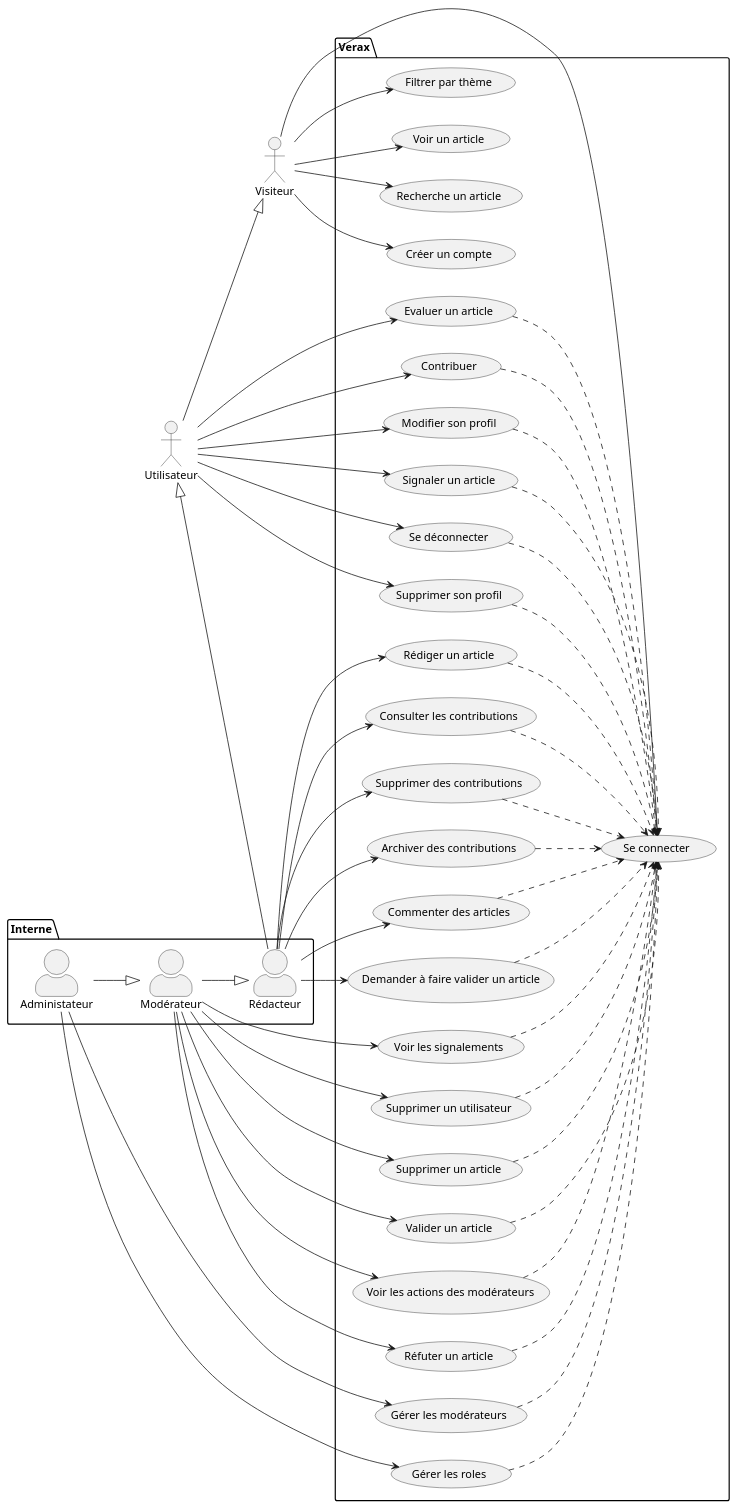
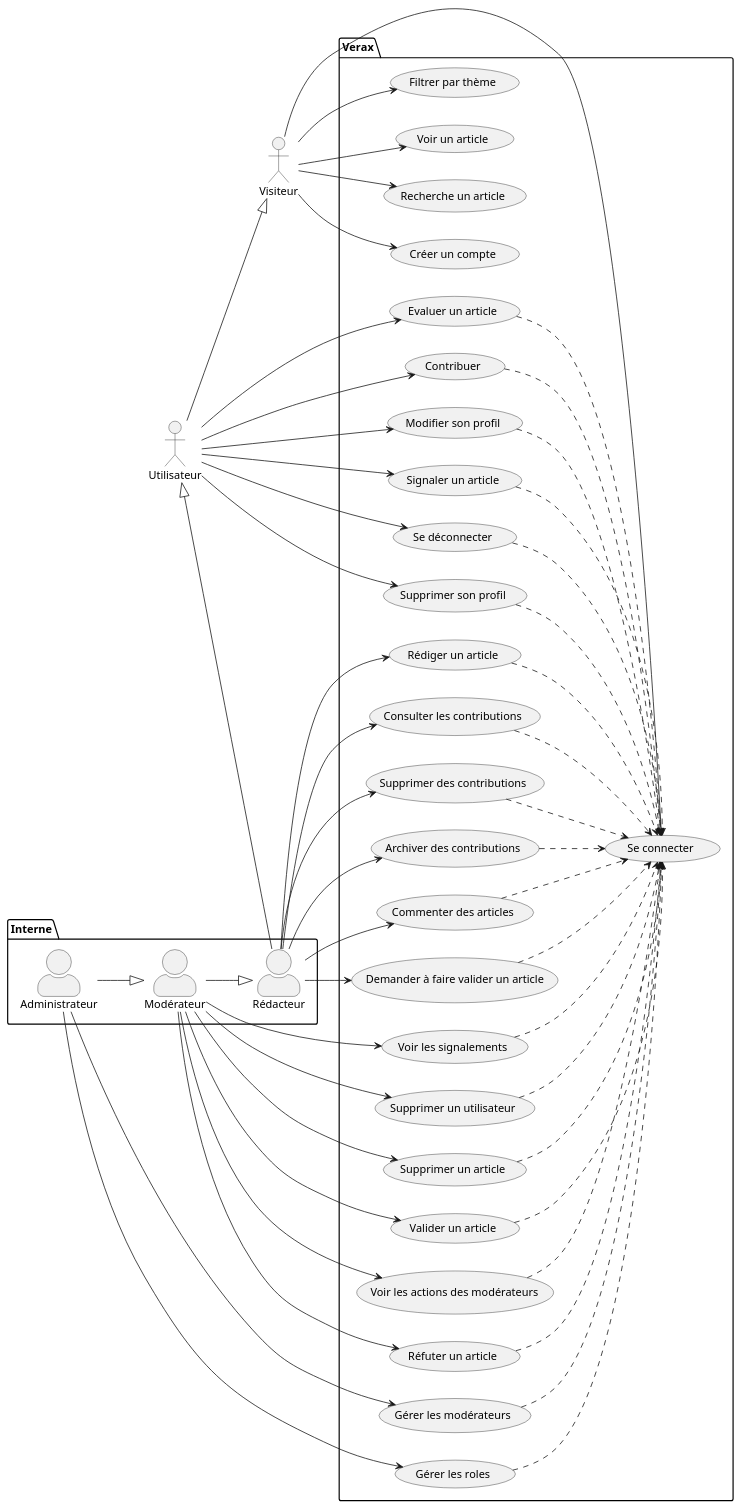
The diagram in Diagramme/casUtil2.md (tonyfgs/Verax), drawn with PlantUML before and after one commit. The commit also changed 1 other file, not shown here.

Commit message:
Modification du diagramme de classe, j'essaye de faire avec la technique Bouhours

```diff
--- a/Diagramme/casUtil2.md
+++ b/Diagramme/casUtil2.md
@@ -9,7 +9,7 @@
     skinparam actorStyle awesome
     actor Rédacteur as r
     actor Modérateur as m
-    actor Administateur as a
+    actor Administrateur as a
 }
 
 package Verax {
```
